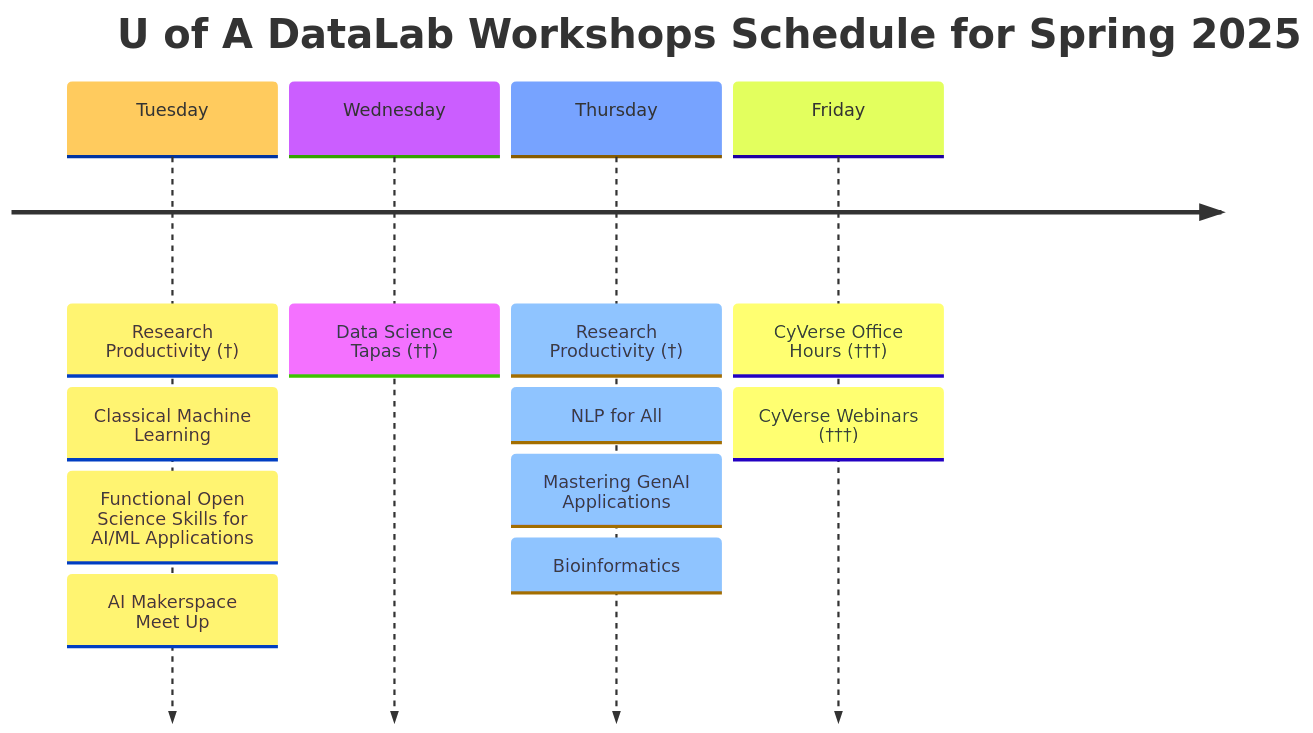
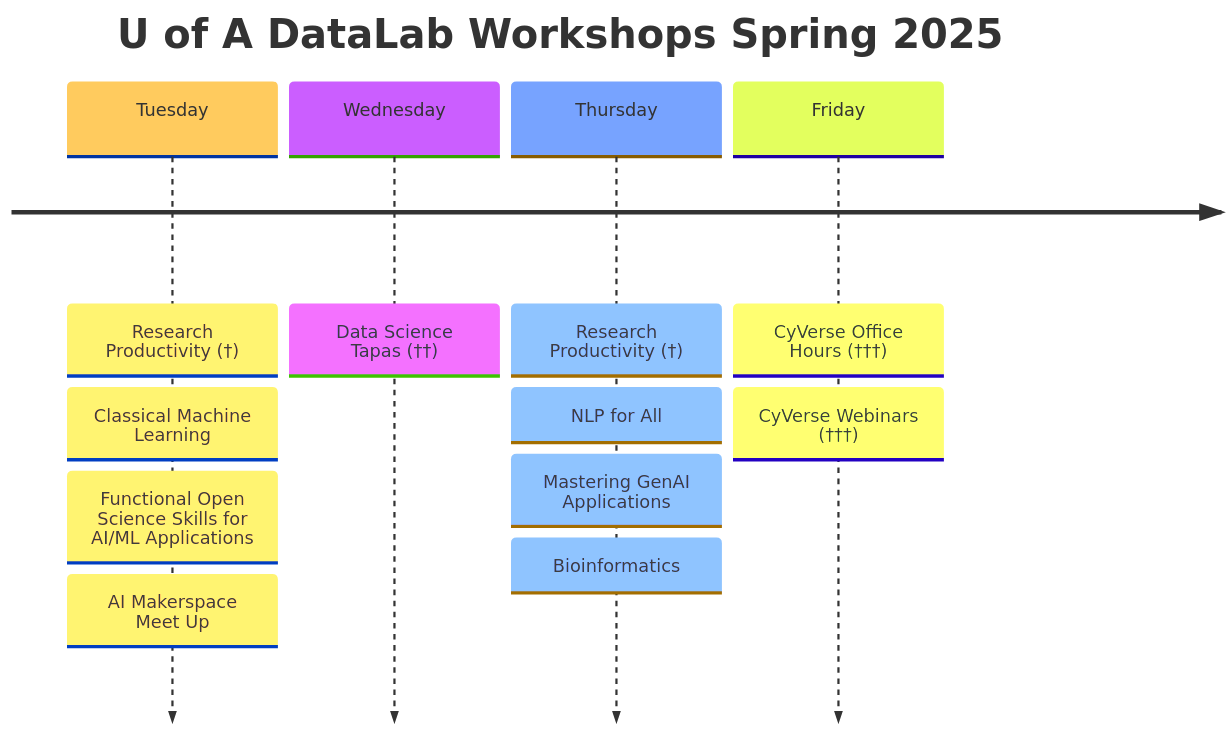
Before and after one commit to ua-datalab/ua-datalab.github.io: the diagram in docs/index.md, drawn with Mermaid.

````diff
--- a/docs/index.md
+++ b/docs/index.md
@@ -29,16 +29,16 @@
 ```mermaid
 %%{init: { 'logLevel': 'debug', 'theme': 'base' } }%%
 timeline
-    title U of A DataLab Workshops Schedule for Spring 2025
+    title U of A DataLab Workshops Spring 2025
     Tuesday : Research Productivity (†)
     	    : Classical Machine Learning
 	    : Functional Open Science Skills for AI/ML Applications
 	    : AI Makerspace Meet Up
     Wednesday : Data Science Tapas (††)
     Thursday : Research Productivity (†)
     	     : NLP for All
     	     : Mastering GenAI Applications
     	     : Bioinformatics
     Friday : CyVerse Office Hours (†††)
     	   : CyVerse Webinars (†††)
 ```
````
